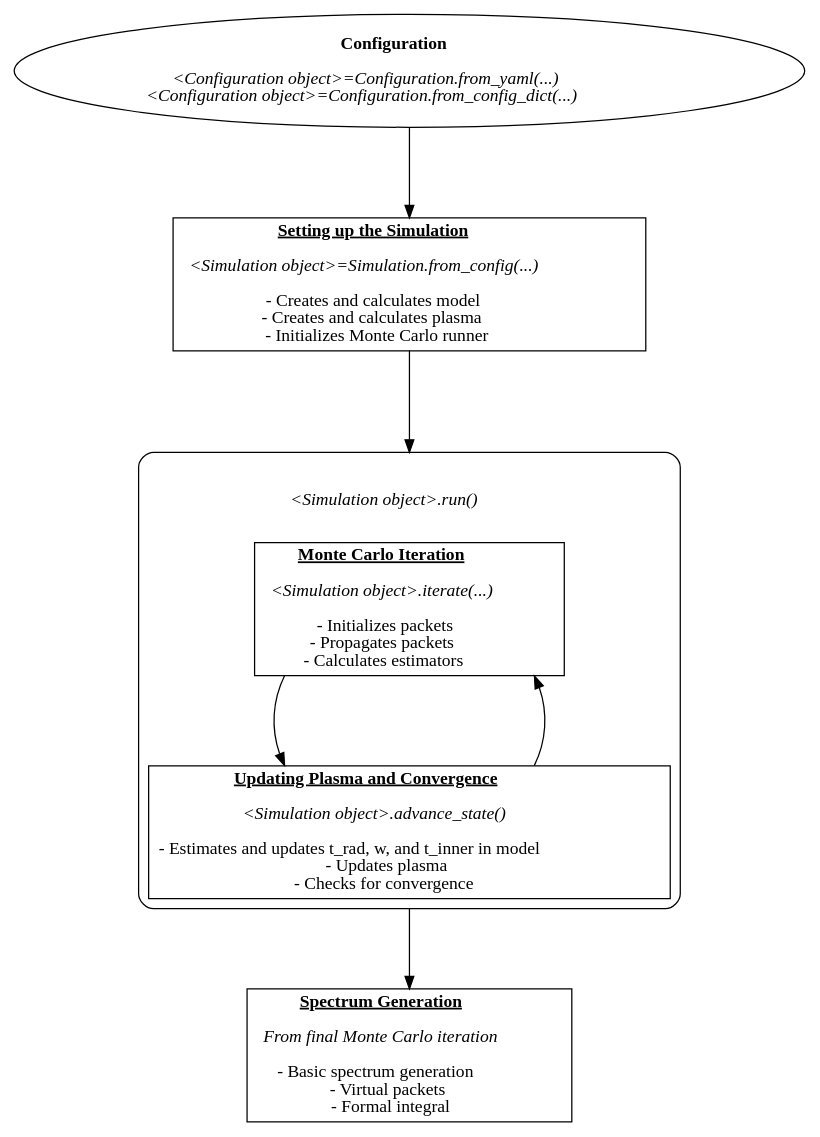
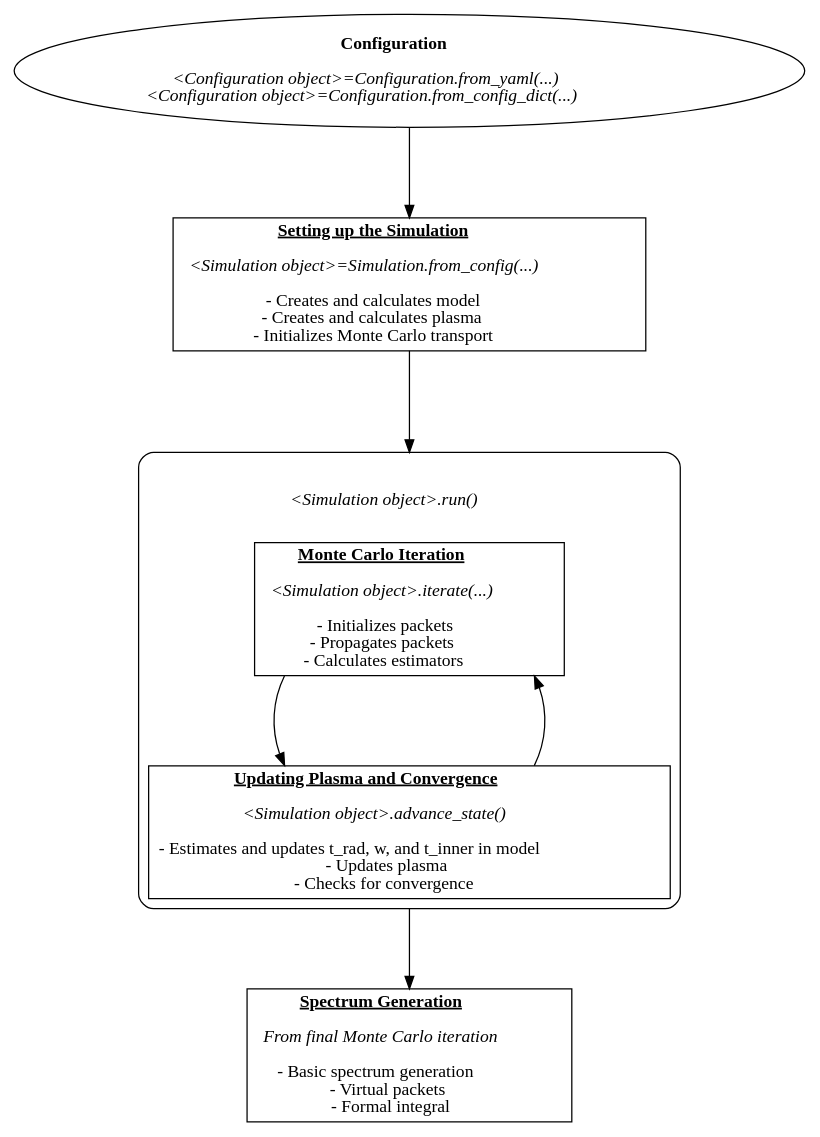
Before and after one commit to tardis-sn/tardis: the diagram in docs/physics/intro/tardis_flowchart.dot, drawn with Graphviz. The commit also changed 15 other files, not shown here.

```diff
--- a/docs/physics/intro/tardis_flowchart.dot
+++ b/docs/physics/intro/tardis_flowchart.dot
@@ -1,19 +1,19 @@
 digraph {
     compound = true
     graph [nodesep=4, ranksep=1]
     config [label=<<B>Configuration</B><br/><br/> <i>&lt;Configuration object&gt;=Configuration.from_yaml(...)</i><br/> <i>&lt;Configuration object&gt;=Configuration.from_config_dict(...)</i>>, shape=oval]
-    setup_sim [label=<<B><u>Setting up the Simulation</u></B> <br/><br/> <i>&lt;Simulation object&gt;=Simulation.from_config(...)</i> <br/><br/> - Creates and calculates model <br/> - Creates and calculates plasma <br/> - Initializes Monte Carlo runner>, shape=rectangle]
+    setup_sim [label=<<B><u>Setting up the Simulation</u></B> <br/><br/> <i>&lt;Simulation object&gt;=Simulation.from_config(...)</i> <br/><br/> - Creates and calculates model <br/> - Creates and calculates plasma <br/> - Initializes Monte Carlo transport>, shape=rectangle]
     mc_iteration [label=<<B><u>Monte Carlo Iteration</u></B> <br/><br/> <i>&lt;Simulation object&gt;.iterate(...)</i><br/> <br/> - Initializes packets <br/> - Propagates packets <br/> - Calculates estimators>, shape=rectangle]
     adv_state [label=<<B><u>Updating Plasma and Convergence</u></B> <br/><br/> <i>&lt;Simulation object&gt;.advance_state()</i> <br/><br/> - Estimates and updates t_rad, w, and t_inner in model <br/> - Updates plasma <br/> - Checks for convergence>, shape=rectangle]
     spec_gen [label=<<B><u>Spectrum Generation</u></B> <br/><br/> <i>From final Monte Carlo iteration</i> <br/><br/> - Basic spectrum generation <br/> - Virtual packets <br/> - Formal integral>, shape=rectangle]
     subgraph cluster1 {
         style = rounded
 		margin = .25
 		label=<<br/><br/><i>&lt;Simulation object&gt;.run()</i><br/> >;
 		mc_iteration -> adv_state
         adv_state -> mc_iteration
 	}
     config -> setup_sim
     setup_sim -> mc_iteration [lhead=cluster1, minlen=2]
     adv_state -> spec_gen [ltail=cluster1]
 }
```
